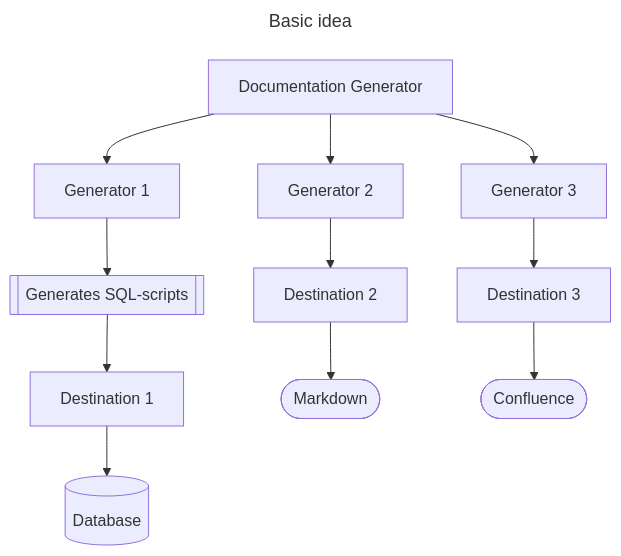
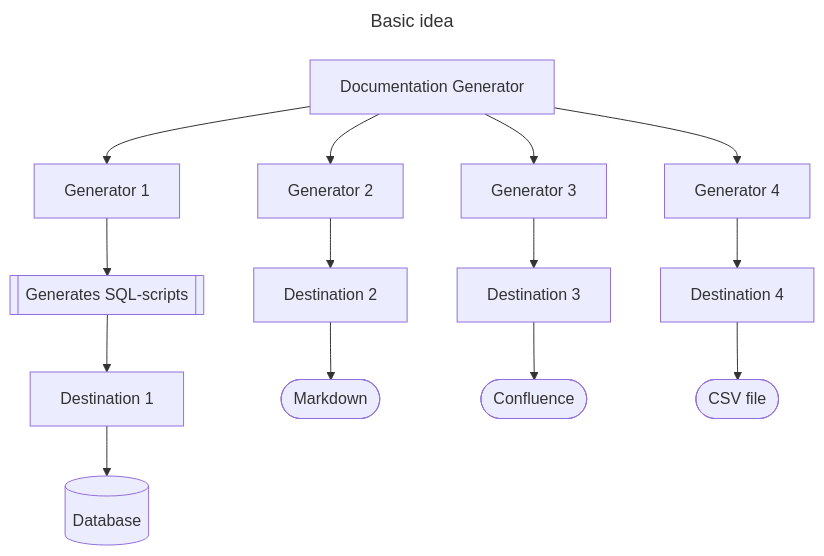
The diagram in README.md (patrickfust/documentation-generator), drawn with Mermaid before and after one commit. The commit also changed other lines of this file and 45 other files, not shown here.

````diff
--- a/README.md
+++ b/README.md
@@ -32,33 +32,41 @@
 ```mermaid
 ---
 title: Basic idea
 ---
 flowchart TD
   docgen["Documentation Generator"]
   generator1["Generator 1"]
   generator1Generate[[Generates SQL-scripts]]
   destination1["Destination 1"]
   database[(Database)]
   
   generator2["Generator 2"]
   destination2["Destination 2"]
   markdown(["Markdown"])
   
   generator3["Generator 3"]
   destination3["Destination 3"]
   confluence(["Confluence"])
   
+  generator4["Generator 4"]
+  destination4["Destination 4"]
+  csv(["CSV file"])
+  
   docgen --> generator1
   docgen --> generator2
   docgen --> generator3
+  docgen --> generator4
   
   generator1 --> generator1Generate
   generator1Generate --> destination1
   destination1 --> database
   
   generator2 --> destination2
   destination2 --> markdown
   
   generator3 --> destination3
   destination3 --> confluence
+  
+  generator4 --> destination4
+  destination4 --> csv
 ```
````
